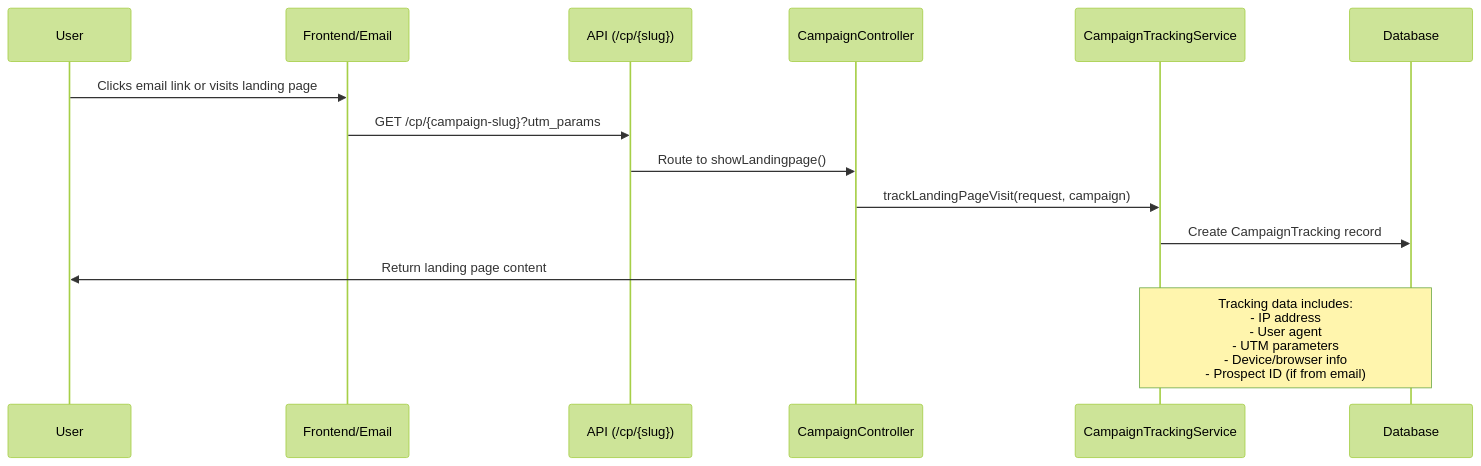
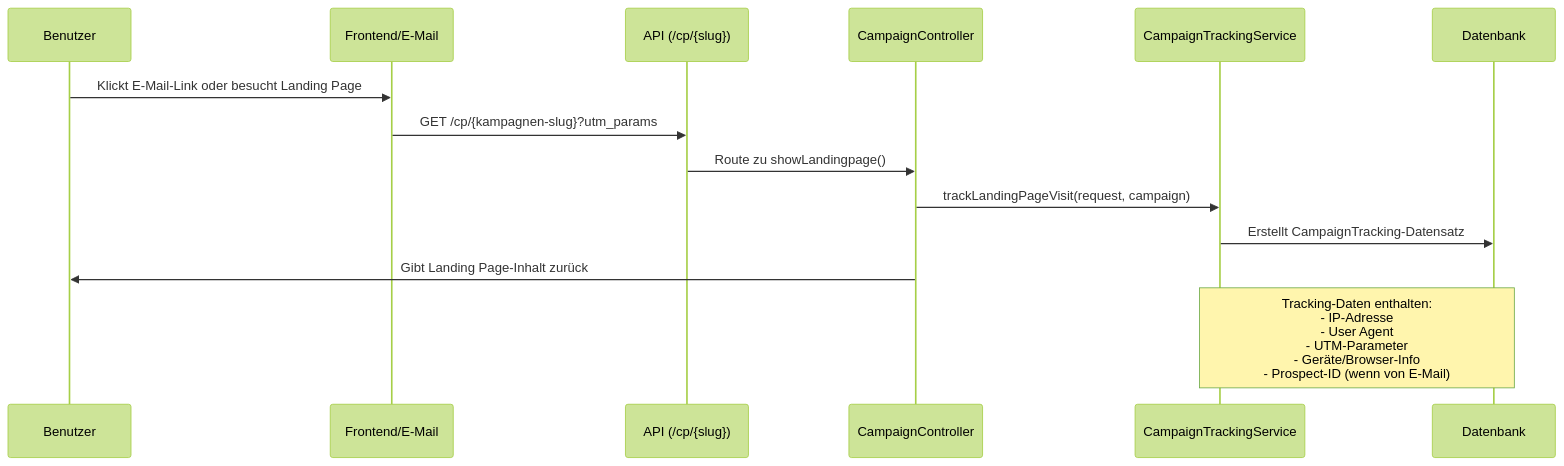
The diagram in docs/src/Analytics.md (chrisoco/APDE_BE), drawn with Mermaid (forest theme) before and after one commit. The commit also changed other lines of this file and 14 other files, not shown here.

````diff
--- a/docs/src/Analytics.md
+++ b/docs/src/Analytics.md
@@ -142,18 +142,18 @@
 ```mermaid
 sequenceDiagram
-    participant User
-    participant Frontend as Frontend/Email
+    participant User as Benutzer
+    participant Frontend as Frontend/E-Mail
     participant API as API (/cp/{slug})
     participant Controller as CampaignController
     participant TrackingService as CampaignTrackingService
-    participant DB as Database
+    participant DB as Datenbank
 
-    User->>Frontend: Clicks email link or visits landing page
-    Frontend->>API: GET /cp/{campaign-slug}?utm_params
-    API->>Controller: Route to showLandingpage()
+    User->>Frontend: Klickt E-Mail-Link oder besucht Landing Page
+    Frontend->>API: GET /cp/{kampagnen-slug}?utm_params
+    API->>Controller: Route zu showLandingpage()
     Controller->>TrackingService: trackLandingPageVisit(request, campaign)
-    TrackingService->>DB: Create CampaignTracking record
-    Controller->>User: Return landing page content
-    
-    Note over TrackingService,DB: Tracking data includes:<br/>- IP address<br/>- User agent<br/>- UTM parameters<br/>- Device/browser info<br/>- Prospect ID (if from email)
+    TrackingService->>DB: Erstellt CampaignTracking-Datensatz
+    Controller->>User: Gibt Landing Page-Inhalt zurück
+
+    Note over TrackingService,DB: Tracking-Daten enthalten:<br/>- IP-Adresse<br/>- User Agent<br/>- UTM-Parameter<br/>- Geräte/Browser-Info<br/>- Prospect-ID (wenn von E-Mail)
 ```
````
